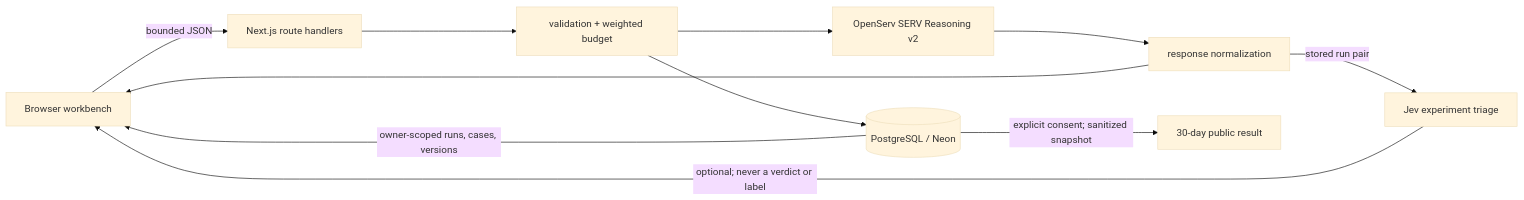
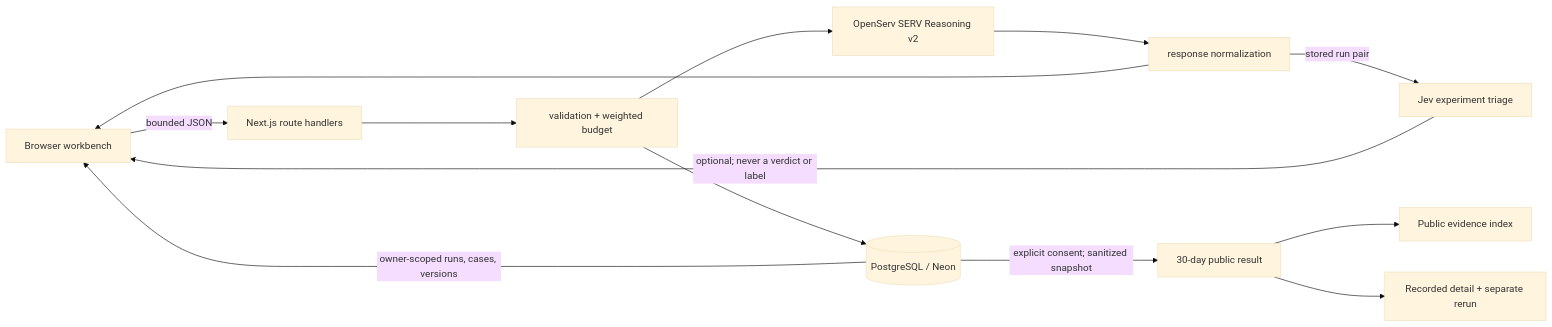
One commit to miracle352/choiceproof changed the diagram in docs/ARCHITECTURE.md. Above: the diagram before and after it, drawn with Mermaid (base theme). The commit also changed other lines of this file and 20 other files, not shown here.

Commit message:
Restructure Choiceproof around public evidence

````diff
--- a/docs/ARCHITECTURE.md
+++ b/docs/ARCHITECTURE.md
@@ -3,13 +3,15 @@
 ```mermaid
 flowchart LR
   B[Browser workbench] -->|bounded JSON| R[Next.js route handlers]
   R --> V[validation + weighted budget]
   V --> S[OpenServ SERV Reasoning v2]
   S --> N[response normalization]
   N --> B
   N -->|stored run pair| J[Jev experiment triage]
   J -->|optional; never a verdict or label| B
   V --> P[(PostgreSQL / Neon)]
   P -->|owner-scoped runs, cases, versions| B
   P -->|explicit consent; sanitized snapshot| H[30-day public result]
+  H --> E[Public evidence index]
+  H --> D[Recorded detail + separate rerun]
 ```
````
